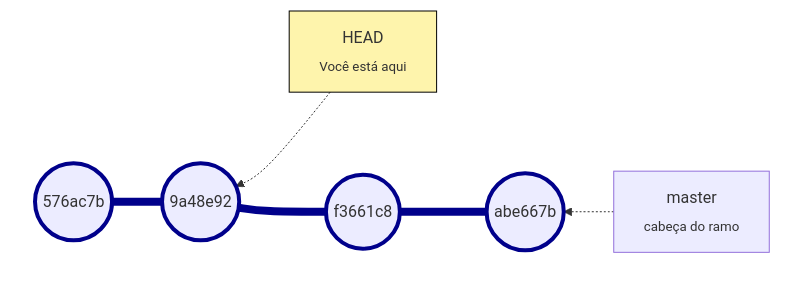
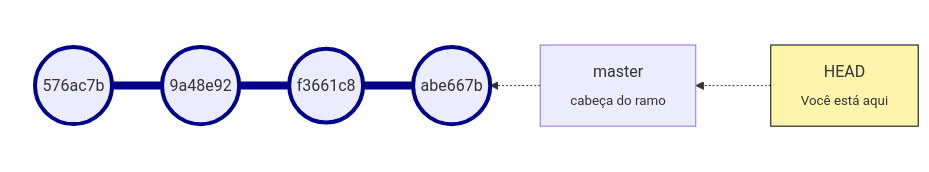
Before and after one commit to yxuo/learning: the fifth of 10 diagrams in git/courses/rbtech/lessons/lang/pt/lesson-5.pt.md, drawn with Mermaid. The commit also changed other lines of this file, not shown here.

````diff
--- a/git/courses/rbtech/lessons/lang/pt/lesson-5.pt.md
+++ b/git/courses/rbtech/lessons/lang/pt/lesson-5.pt.md
@@ -160,18 +219,18 @@
 ```mermaid
 flowchart RL
 
-H["HEAD<br><sub>Você está aqui"] -.-> c
+H["HEAD<br><sub>Você está aqui"] -.-> B1
 
 subgraph S1[" "]
 B1["master<br><sub>cabeça do ramo"]-.->a
 a(("abe667b"))---b(("f3661c8"))---c(("9a48e92"))---d(("576ac7b"))
 end
 
 style H fill:#fef4ac, stroke:black
 style S1 fill: transparent, stroke: transparent
 style a stroke:darkblue, stroke-width: 4px
 style b stroke:darkblue, stroke-width: 4px
 style c stroke:darkblue, stroke-width: 4px
 style d stroke:darkblue, stroke-width: 4px
 linkStyle 2,3,4 stroke:darkblue,stroke-width:8px;
 ```
````
